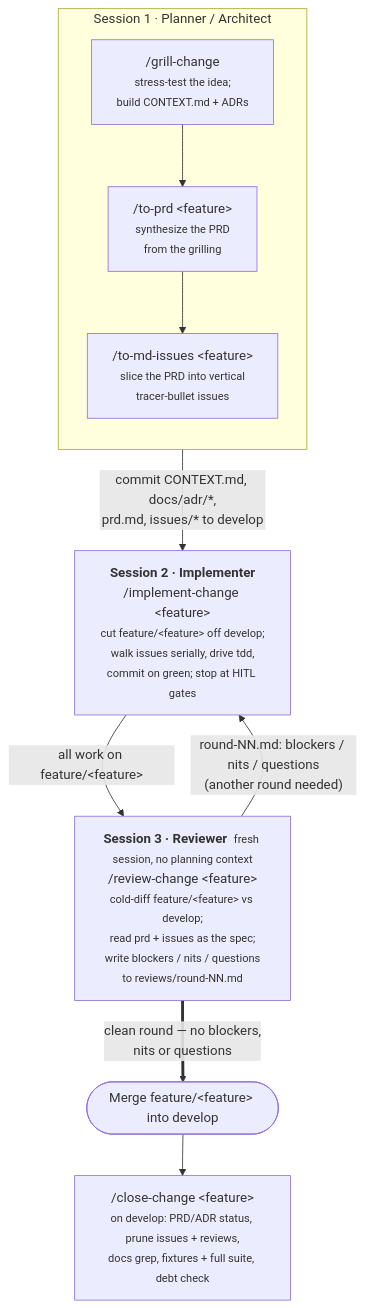
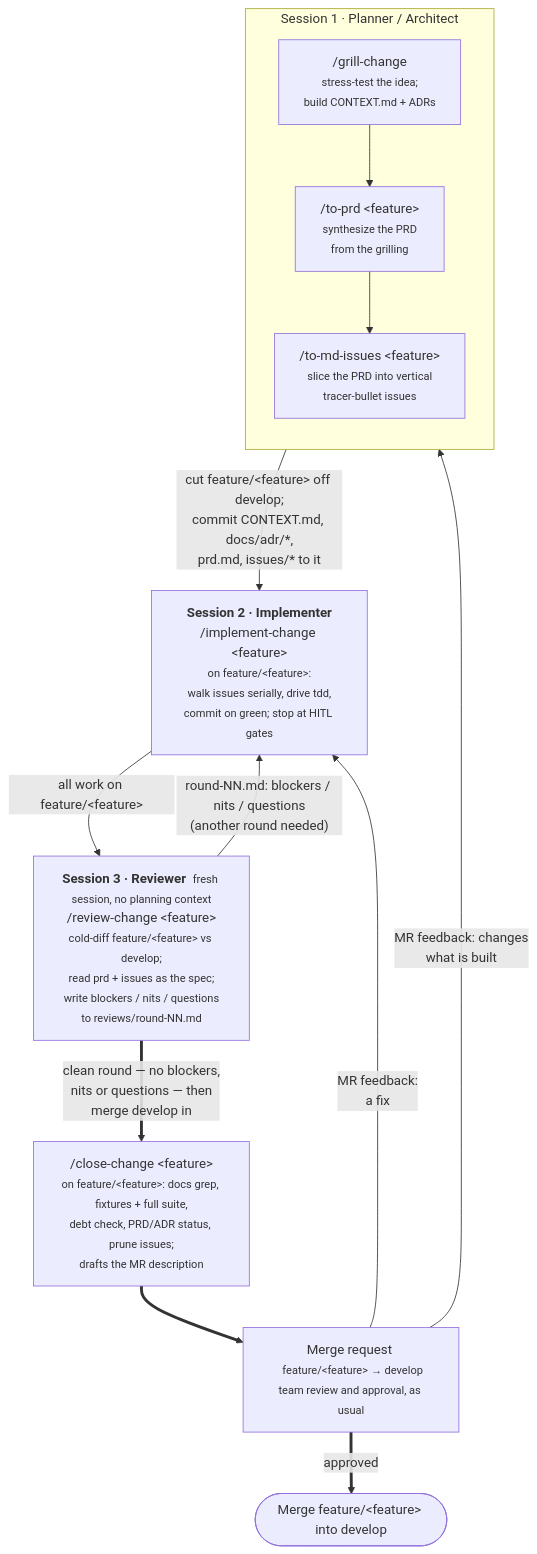
Before and after one commit to sikrip/the-pause: the diagram in README.md, drawn with Mermaid. The commit also changed other lines of this file and 7 other files, not shown here.

Commit message:
Run the whole change on one branch and close it before the merge request

````diff
--- a/README.md
+++ b/README.md
@@ -22,20 +22,23 @@
 ```mermaid
 flowchart TD
     subgraph S1["Session 1 · Planner / Architect"]
         direction TB
         A["/grill-change<br/><small>stress-test the idea;<br/>build CONTEXT.md + ADRs</small>"]
         B["/to-prd &lt;feature&gt;<br/><small>synthesize the PRD<br/>from the grilling</small>"]
         C["/to-md-issues &lt;feature&gt;<br/><small>slice the PRD into vertical<br/>tracer-bullet issues</small>"]
         A --> B --> C
     end
 
-    D["<b>Session 2 · Implementer</b><br/>/implement-change &lt;feature&gt;<br/><small>cut feature/&lt;feature&gt; off develop;<br/>walk issues serially, drive tdd,<br/>commit on green; stop at HITL gates</small>"]
+    D["<b>Session 2 · Implementer</b><br/>/implement-change &lt;feature&gt;<br/><small>on feature/&lt;feature&gt;:<br/>walk issues serially, drive tdd,<br/>commit on green; stop at HITL gates</small>"]
 
     E["<b>Session 3 · Reviewer</b> &nbsp;<small>fresh session, no planning context</small><br/>/review-change &lt;feature&gt;<br/><small>cold-diff feature/&lt;feature&gt; vs develop;<br/>read prd + issues as the spec;<br/>write blockers / nits / questions<br/>to reviews/round-NN.md</small>"]
 
-    C -->|"commit CONTEXT.md, docs/adr/*,<br/>prd.md, issues/* to develop"| D
+    C -->|"cut feature/&lt;feature&gt; off develop;<br/>commit CONTEXT.md, docs/adr/*,<br/>prd.md, issues/* to it"| D
     D -->|"all work on feature/&lt;feature&gt;"| E
     E -->|"round-NN.md: blockers / nits / questions<br/>(another round needed)"| D
-    E ==>|"clean round — no blockers,<br/>nits or questions"| M([Merge feature/&lt;feature&gt; into develop])
-    M --> F["/close-change &lt;feature&gt;<br/><small>on develop: PRD/ADR status, prune issues + reviews,<br/>docs grep, fixtures + full suite, debt check</small>"]
+    E ==>|"clean round — no blockers,<br/>nits or questions — then<br/>merge develop in"| F["/close-change &lt;feature&gt;<br/><small>on feature/&lt;feature&gt;: docs grep, fixtures + full suite,<br/>debt check, PRD/ADR status, prune issues;<br/>drafts the MR description</small>"]
+    F ==> R["Merge request &nbsp;<small>feature/&lt;feature&gt; → develop</small><br/><small>team review and approval, as usual</small>"]
+    R -->|"MR feedback:<br/>a fix"| D
+    R -->|"MR feedback: changes<br/>what is built"| A
+    R ==>|"approved"| M([Merge feature/&lt;feature&gt; into develop])
 ```
````
